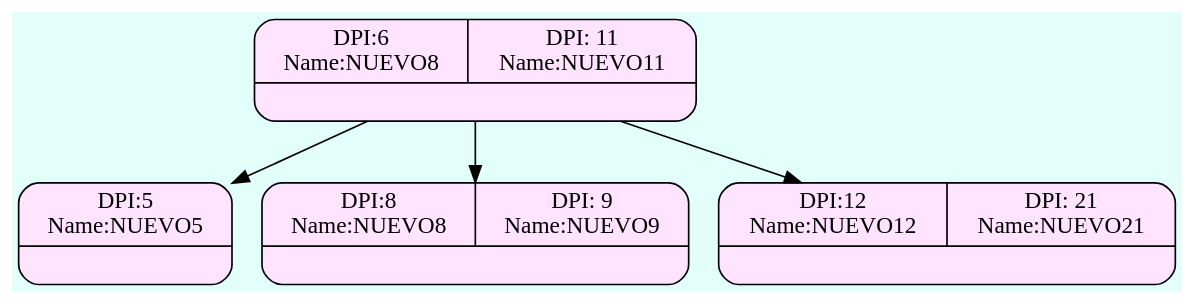
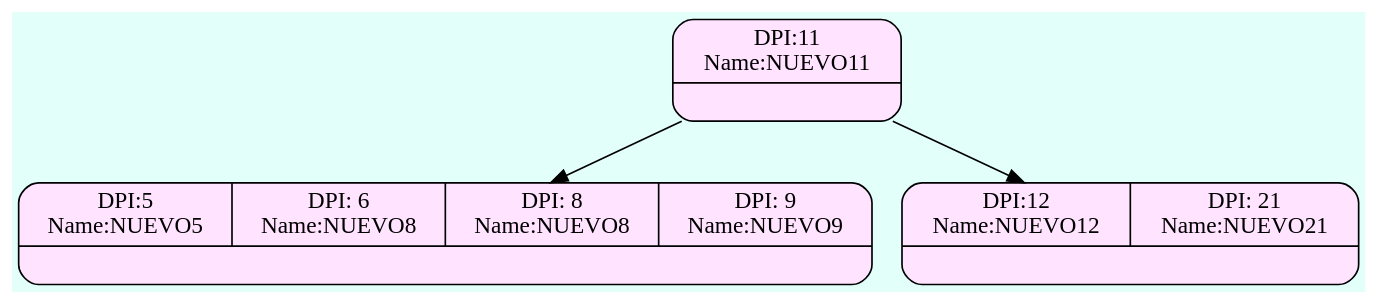
Before and after one commit to Serch-ING/EDD_UDRAWING_202000119: the diagram in FASE 2/Grafico/Admin_Btree_Clients.dot, drawn with Graphviz. The commit also changed 2 other files, not shown here.

```diff
--- a/FASE 2/Grafico/Admin_Btree_Clients.dot
+++ b/FASE 2/Grafico/Admin_Btree_Clients.dot
@@ -1,12 +1,10 @@
 digraph structs {
   bgcolor = "#E3FFFA"
  node [shape=Mrecord fillcolor="#FFE3FF" style =filled];
-struct1476160390[label="{{DPI:6\nName:NUEVO8|DPI: 11\nName:NUEVO11}|<here>}"];
-struct596212865[label="{{DPI:5\nName:NUEVO5}|<here>}"];
-struct1108291931[label="{{DPI:8\nName:NUEVO8|DPI: 9\nName:NUEVO9}|<here>}"];
-struct188244280[label="{{DPI:12\nName:NUEVO12|DPI: 21\nName:NUEVO21}|<here>}"];
+struct892251773[label="{{DPI:11\nName:NUEVO11}|<here>}"];
+struct78236345[label="{{DPI:5\nName:NUEVO5|DPI: 6\nName:NUEVO8|DPI: 8\nName:NUEVO8|DPI: 9\nName:NUEVO9}|<here>}"];
+struct1172716772[label="{{DPI:12\nName:NUEVO12|DPI: 21\nName:NUEVO21}|<here>}"];
 
-struct1476160390->struct596212865;
-struct1476160390->struct1108291931;
-struct1476160390->struct188244280;
+struct892251773->struct78236345;
+struct892251773->struct1172716772;
 }
```
